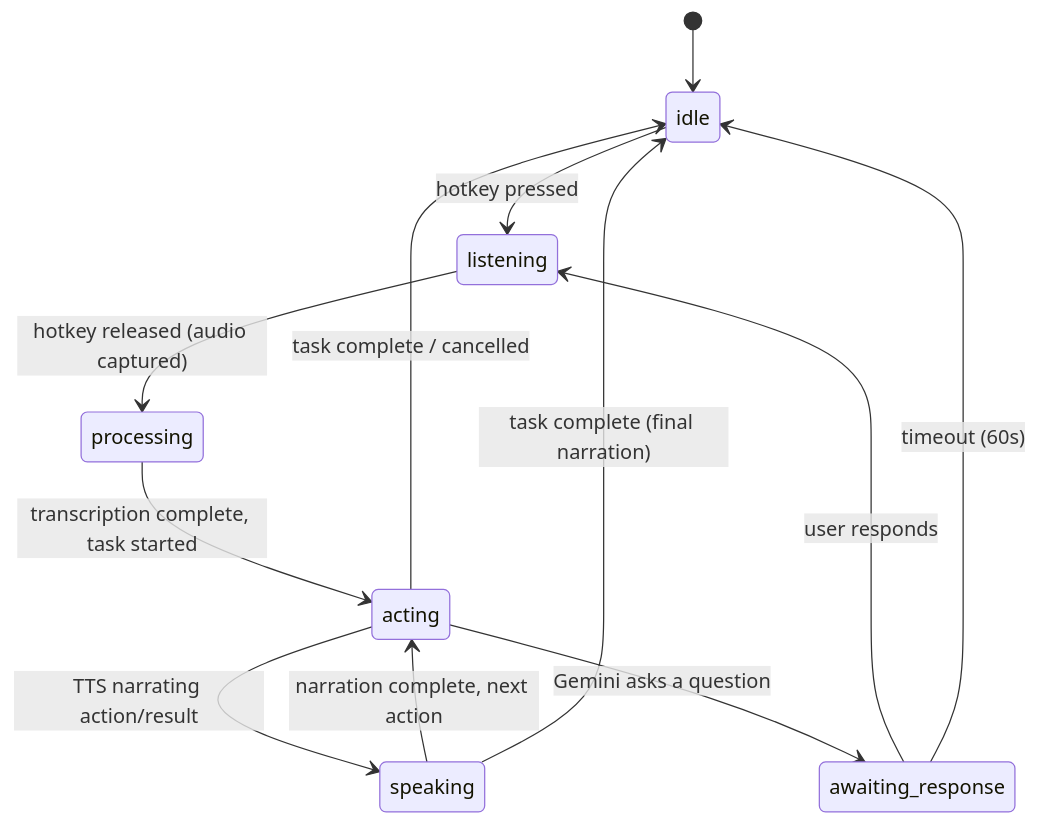
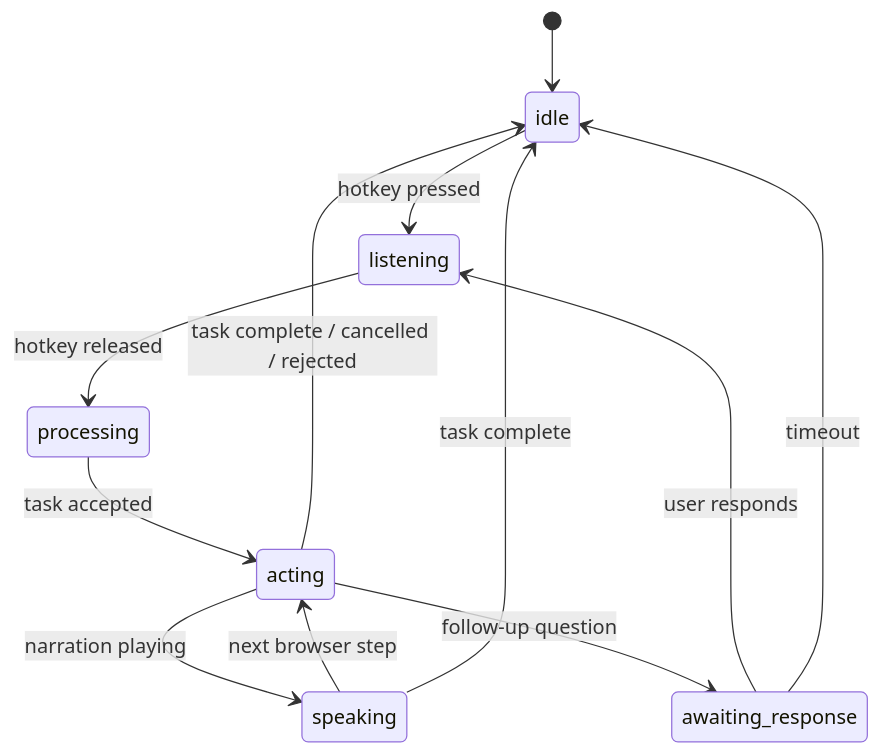
The third of 7 diagrams in docs/architecture.md (Manoj7ar/Sally), drawn with Mermaid before and after one commit. The commit also changed other lines of this file and 21 other files, not shown here.

````diff
--- a/docs/architecture.md
+++ b/docs/architecture.md
@@ -530,14 +544,14 @@
 ```mermaid
 stateDiagram-v2
     [*] --> idle
     idle --> listening : hotkey pressed
-    listening --> processing : hotkey released (audio captured)
-    processing --> acting : transcription complete, task started
-    acting --> speaking : TTS narrating action/result
-    speaking --> acting : narration complete, next action
-    speaking --> idle : task complete (final narration)
-    acting --> idle : task complete / cancelled
-    acting --> awaiting_response : Gemini asks a question
+    listening --> processing : hotkey released
+    processing --> acting : task accepted
+    acting --> speaking : narration playing
+    speaking --> acting : next browser step
+    speaking --> idle : task complete
+    acting --> idle : task complete / cancelled / rejected
+    acting --> awaiting_response : follow-up question
     awaiting_response --> listening : user responds
-    awaiting_response --> idle : timeout (60s)
+    awaiting_response --> idle : timeout
 ```
````
